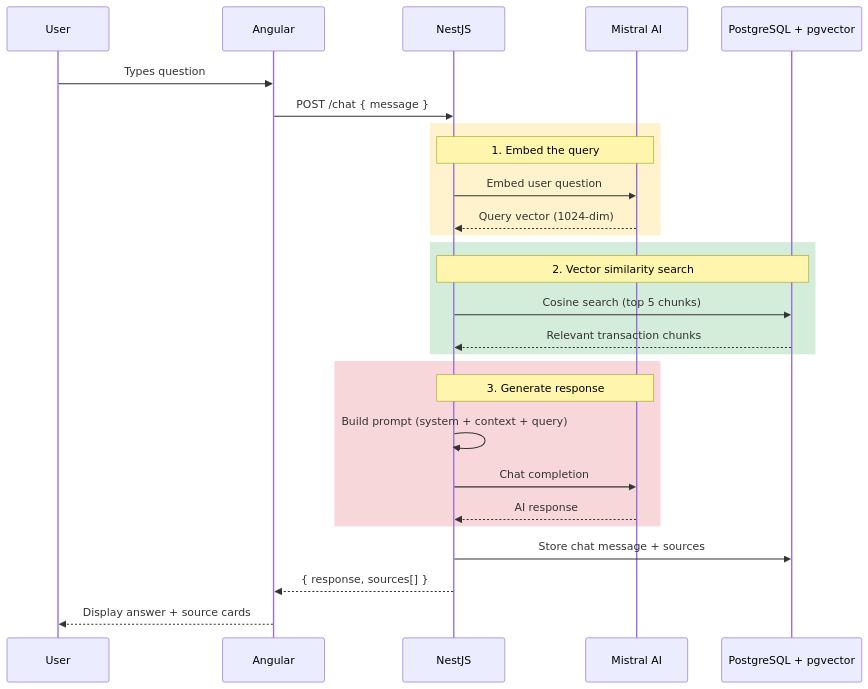
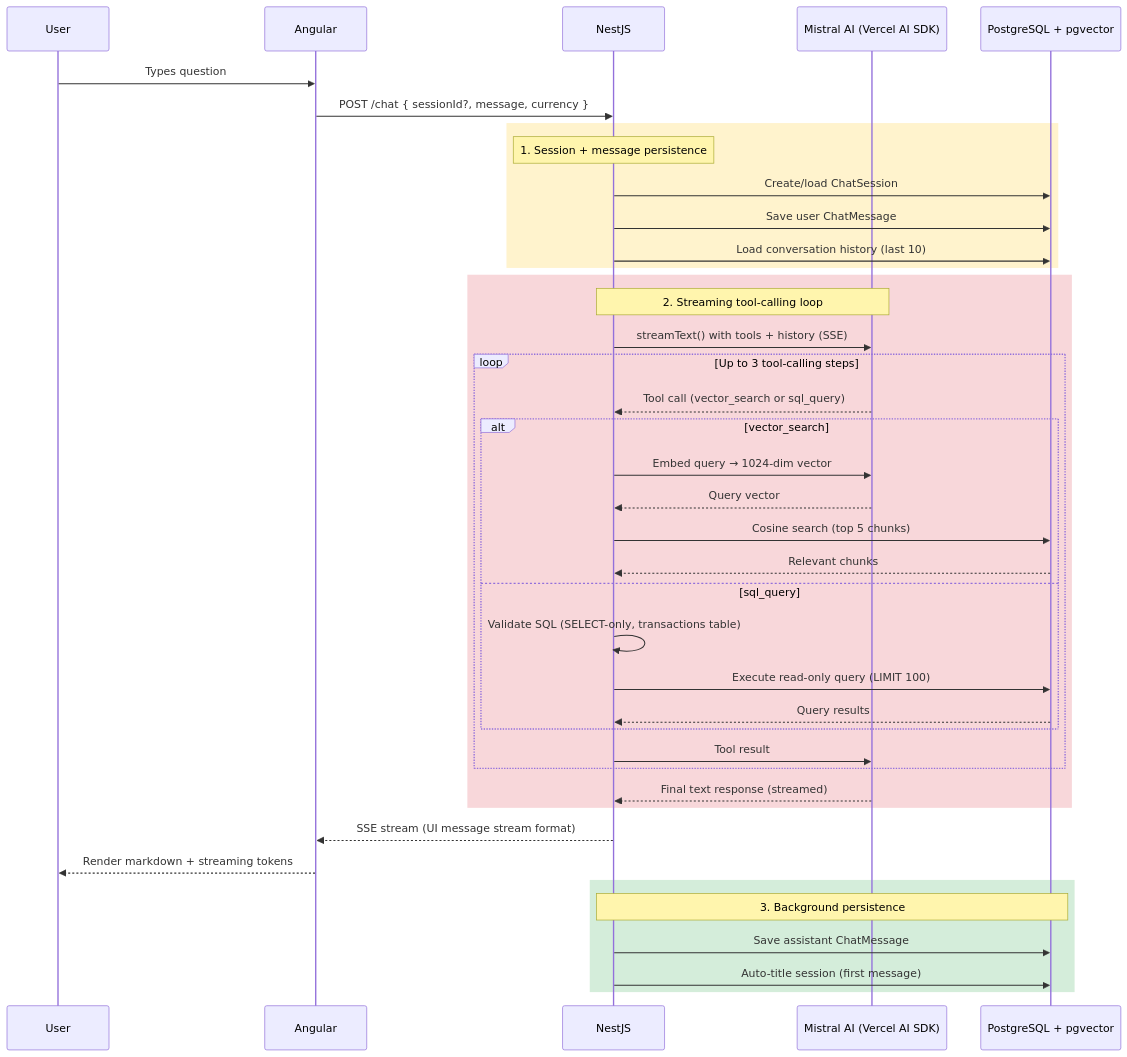
The third of 7 diagrams in docs/architecture.md (darth-dodo/ledger), drawn with Mermaid before and after one commit. The commit also changed other lines of this file and 2 other files, not shown here.

First line of the commit message:
docs: update architecture, product, and CLAUDE.md for M5 RAG Chat

````diff
--- a/docs/architecture.md
+++ b/docs/architecture.md
@@ -103,34 +106,47 @@
 ```mermaid
 sequenceDiagram
     participant User
     participant Angular
     participant NestJS
-    participant Mistral as Mistral AI
+    participant Mistral as Mistral AI (Vercel AI SDK)
     participant pgvector as PostgreSQL + pgvector
 
     User->>Angular: Types question
-    Angular->>NestJS: POST /chat { message }
+    Angular->>NestJS: POST /chat { sessionId?, message, currency }
 
     rect rgb(255, 243, 205)
-        Note over NestJS,Mistral: 1. Embed the query
-        NestJS->>Mistral: Embed user question
-        Mistral-->>NestJS: Query vector (1024-dim)
-    end
-
-    rect rgb(212, 237, 218)
-        Note over NestJS,pgvector: 2. Vector similarity search
-        NestJS->>pgvector: Cosine search (top 5 chunks)
-        pgvector-->>NestJS: Relevant transaction chunks
+        Note over NestJS: 1. Session + message persistence
+        NestJS->>pgvector: Create/load ChatSession
+        NestJS->>pgvector: Save user ChatMessage
+        NestJS->>pgvector: Load conversation history (last 10)
     end
 
     rect rgb(248, 215, 218)
-        Note over NestJS,Mistral: 3. Generate response
-        NestJS->>NestJS: Build prompt (system + context + query)
-        NestJS->>Mistral: Chat completion
-        Mistral-->>NestJS: AI response
+        Note over NestJS,Mistral: 2. Streaming tool-calling loop
+        NestJS->>Mistral: streamText() with tools + history (SSE)
+        loop Up to 3 tool-calling steps
+            Mistral-->>NestJS: Tool call (vector_search or sql_query)
+            alt vector_search
+                NestJS->>Mistral: Embed query → 1024-dim vector
+                Mistral-->>NestJS: Query vector
+                NestJS->>pgvector: Cosine search (top 5 chunks)
+                pgvector-->>NestJS: Relevant chunks
+            else sql_query
+                NestJS->>NestJS: Validate SQL (SELECT-only, transactions table)
+                NestJS->>pgvector: Execute read-only query (LIMIT 100)
+                pgvector-->>NestJS: Query results
+            end
+            NestJS->>Mistral: Tool result
+        end
+        Mistral-->>NestJS: Final text response (streamed)
     end
 
-    NestJS->>pgvector: Store chat message + sources
-    NestJS-->>Angular: { response, sources[] }
-    Angular-->>User: Display answer + source cards
+    NestJS-->>Angular: SSE stream (UI message stream format)
+    Angular-->>User: Render markdown + streaming tokens
+
+    rect rgb(212, 237, 218)
+        Note over NestJS,pgvector: 3. Background persistence
+        NestJS->>pgvector: Save assistant ChatMessage
+        NestJS->>pgvector: Auto-title session (first message)
+    end
 ```
````
